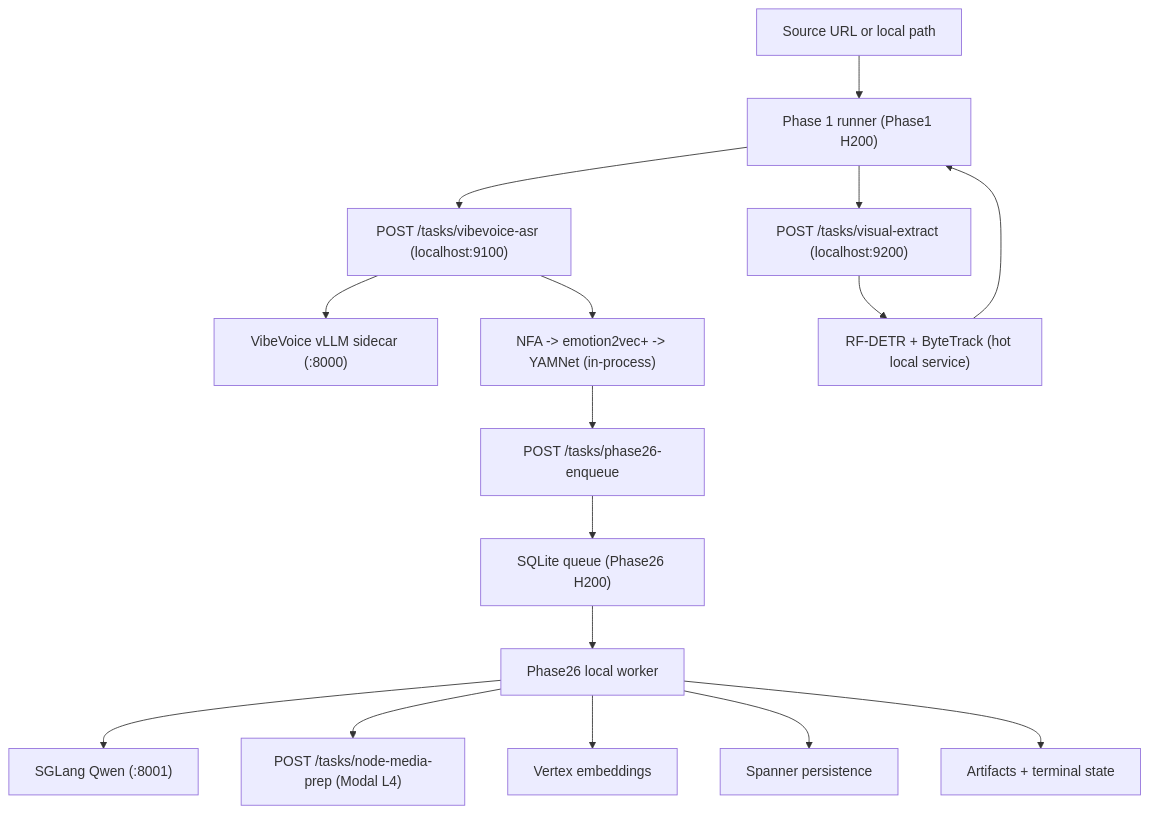
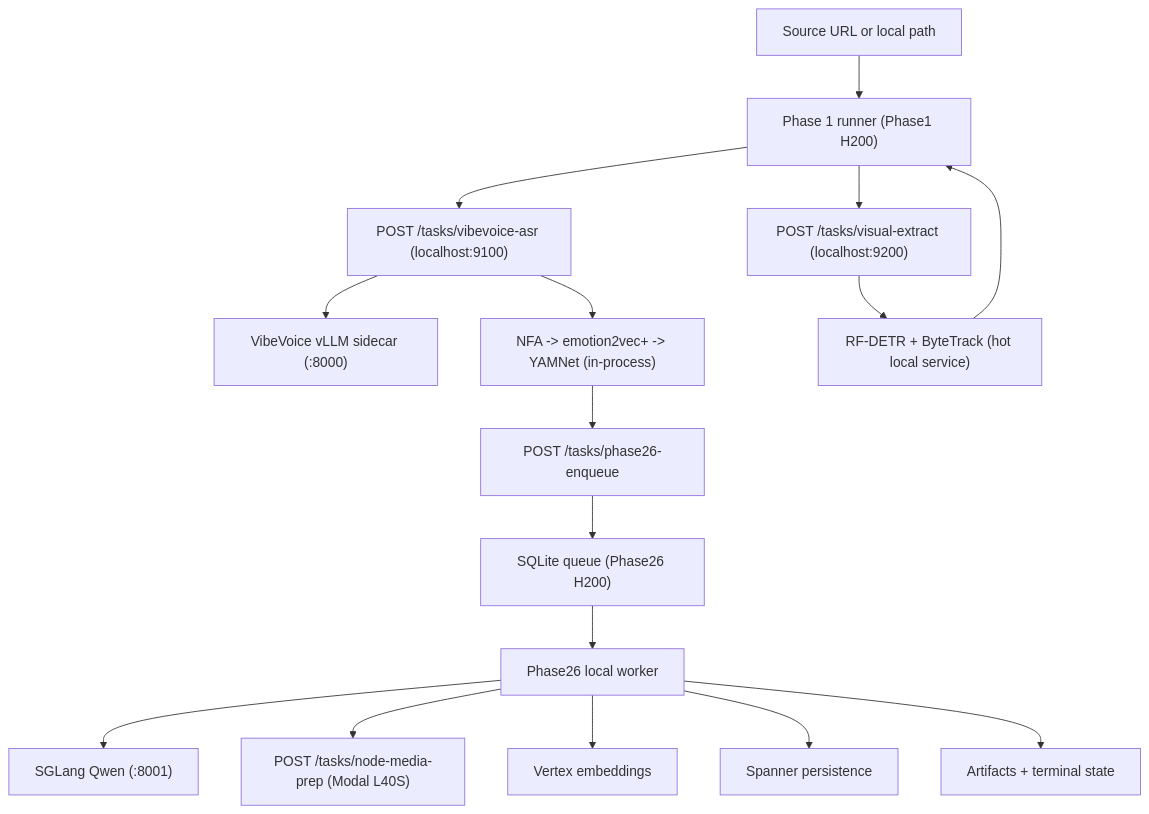
The diagram in docs/ARCHITECTURE.md (ClyptAI/Clypt-Backend), drawn with Mermaid before and after one commit. The commit also changed other lines of this file and 23 other files, not shown here.

Commit message:
Implement batched node-media prep pipeline (not yet live-tested)

````diff
--- a/docs/ARCHITECTURE.md
+++ b/docs/ARCHITECTURE.md
@@ -10,30 +10,30 @@
 ```mermaid
 flowchart TD
   source["Source URL or local path"]
   p1["Phase 1 runner (Phase1 H200)"]
   vvsvc["POST /tasks/vibevoice-asr (localhost:9100)"]
   vvllm["VibeVoice vLLM sidecar (:8000)"]
   audpost["NFA -> emotion2vec+ -> YAMNet (in-process)"]
   visvc["POST /tasks/visual-extract (localhost:9200)"]
   visual["RF-DETR + ByteTrack (hot local service)"]
   dispatch["POST /tasks/phase26-enqueue"]
   q["SQLite queue (Phase26 H200)"]
   worker["Phase26 local worker"]
   llm["SGLang Qwen (:8001)"]
-  modal["POST /tasks/node-media-prep (Modal L4)"]
+  modal["POST /tasks/node-media-prep (Modal L40S)"]
   emb["Vertex embeddings"]
   sp["Spanner persistence"]
   out["Artifacts + terminal state"]
 
   source --> p1
   p1 --> vvsvc --> vvllm
   vvsvc --> audpost
   p1 --> visvc --> visual
   audpost --> dispatch --> q --> worker
   worker --> llm
   worker --> modal
   worker --> emb
   worker --> sp
   worker --> out
   visual --> p1
 ```
````
